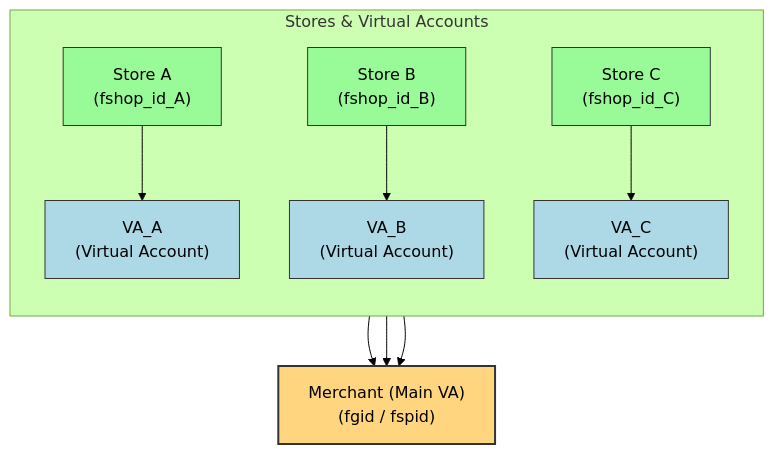
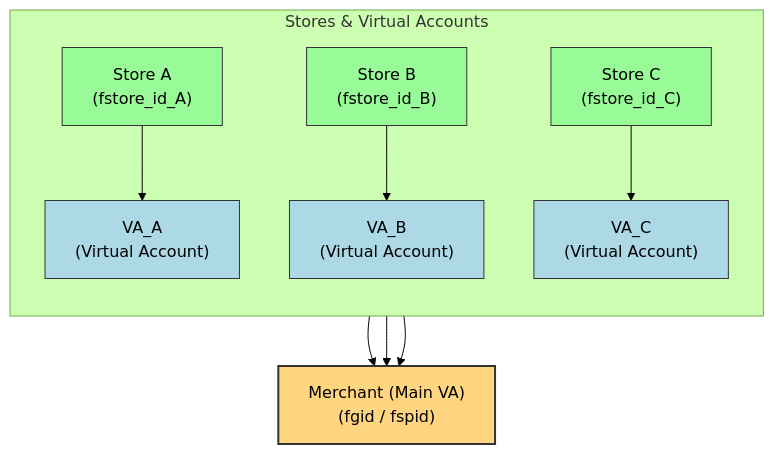
The first of 3 diagrams in DW-Built-Amazon.md (blaire101/data-warehouse-solutions), drawn with Mermaid (forest theme) before and after one commit.

````diff
--- a/DW-Built-Amazon.md
+++ b/DW-Built-Amazon.md
@@ -52,21 +52,21 @@
 ```mermaid
 flowchart TB
     M["Merchant (Main VA)<br>(fgid / fspid)"]:::merchant
 
     subgraph Stores["Stores & Virtual Accounts"]
         direction TB
-        S1["Store A<br>(fshop_id_A)"]:::store --> VA1["VA_A<br>(Virtual Account)"]:::va
-        S2["Store B<br>(fshop_id_B)"]:::store --> VA2["VA_B<br>(Virtual Account)"]:::va
-        S3["Store C<br>(fshop_id_C)"]:::store --> VA3["VA_C<br>(Virtual Account)"]:::va
+        S1["Store A<br>(fstore_id_A)"]:::store --> VA1["VA_A<br>(Virtual Account)"]:::va
+        S2["Store B<br>(fstore_id_B)"]:::store --> VA2["VA_B<br>(Virtual Account)"]:::va
+        S3["Store C<br>(fstore_id_C)"]:::store --> VA3["VA_C<br>(Virtual Account)"]:::va
     end
 
     %% Fund flow
     VA1 --> M
     VA2 --> M
     VA3 --> M
 
     %% Styling
     classDef merchant fill:#FFD580,stroke:#333,stroke-width:2px;
     classDef store fill:#98FB98,stroke:#333,stroke-width:1px;
     classDef va fill:#ADD8E6,stroke:#333,stroke-width:1px;
 ```
````
